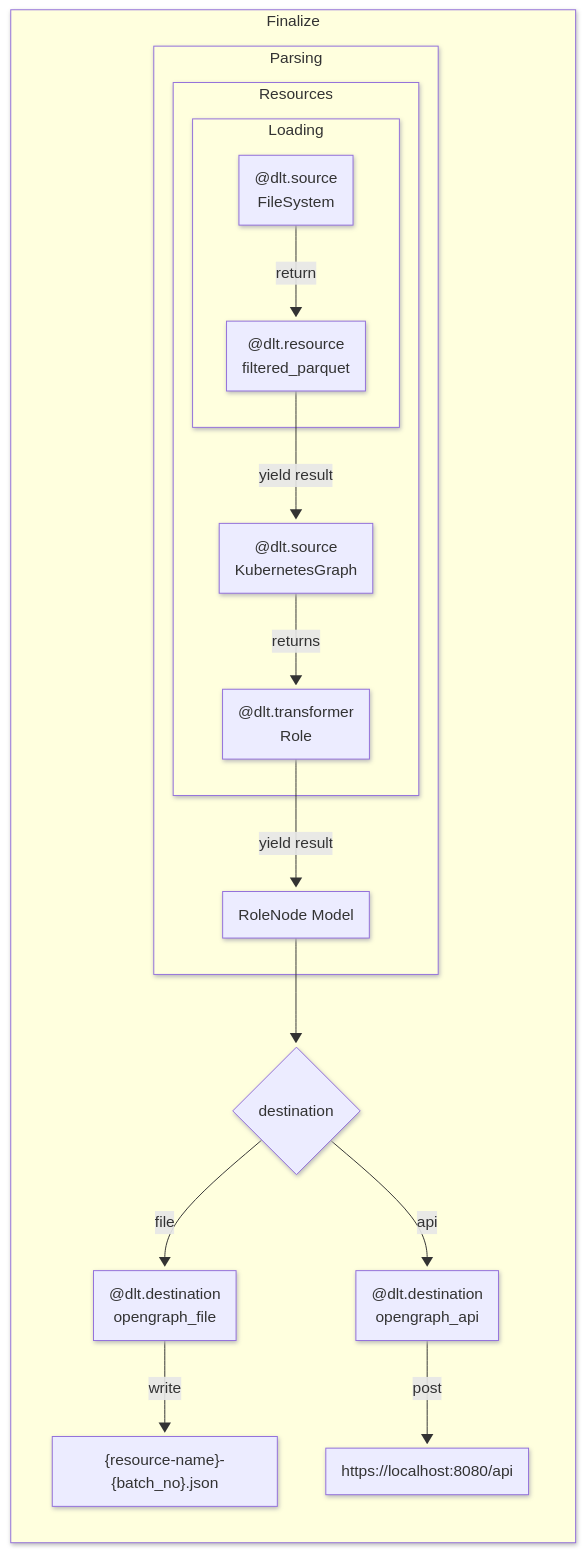
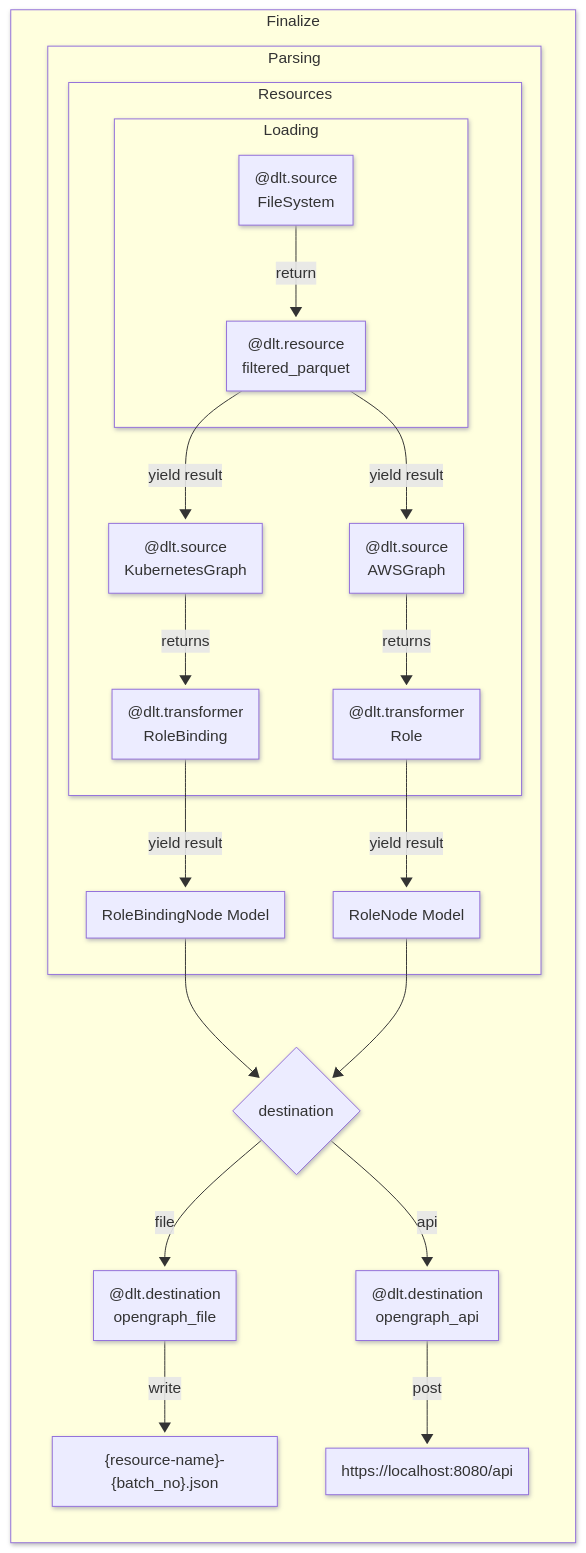
One commit to d3vzer0/OpenGraph-dlt changed the diagram in docs/mermaid/destination.mmd. Above: the diagram before and after it, drawn with Mermaid. The commit also changed other lines of this file, not shown here.

Commit message:
Updated destination mermaid graph

```diff
--- a/docs/mermaid/destination.mmd
+++ b/docs/mermaid/destination.mmd
@@ -1,45 +1,55 @@
 ---
 config:
   theme: mc
   layout: dagre
   look: neo
 ---
 flowchart BT
-    subgraph loader["Loading"]
-        %% direction TB
-        SourceFS["@dlt.source<br/>FileSystem"]
-        FSRes["@dlt.resource<br/>filtered_parquet"]
+ subgraph loader["Loading"]
+        SourceFS["@dlt.source<br>FileSystem"]
+        FSRes["@dlt.resource<br>filtered_parquet"]
+    
         SourceFS -- return --> FSRes
-    end
-
-    subgraph sources["Resources"]
+  end
+ subgraph sources["Resources"]
         loader
         Kube["@dlt.source<br/>KubernetesGraph"]
-        KubeRes["@dlt.transformer<br/>Role"]
+        AWS["@dlt.source<br/>AWSGraph"]
+
+        KubeRes["@dlt.transformer<br/>RoleBinding"]
+        AWSRes["@dlt.transformer<br/>Role"]
+
         Kube -- returns --> KubeRes
         FSRes -- yield result --> Kube
-    end
 
-    subgraph parsing["Parsing"]
+        AWS -- returns --> AWSRes
+        FSRes -- yield result --> AWS
+
+        
+
+  end
+ subgraph parsing["Parsing"]
         sources
+        RoleBindingNode["RoleBindingNode Model"]
         RoleNode["RoleNode Model"]
-        KubeRes -- "yield result" --> RoleNode
-    end
 
-    subgraph destination["Finalize"]
+        KubeRes -- yield result --> RoleBindingNode
+        AWSRes -- yield result --> RoleNode
+
+  end
+ subgraph destination["Finalize"]
         parsing
-        Choice{"destination"}
-        FileOut["@dlt.destination<br/>opengraph_file"]
-        ApiOut["@dlt.destination<br/>opengraph_api"]
-
+        FileOut["@dlt.destination<br>opengraph_file"]
+        ApiOut["@dlt.destination<br>opengraph_api"]
         File["{resource-name}-{batch_no}.json"]
         API["https://localhost:8080/api"]
+        Choice{"destination"}
 
+        RoleBindingNode --> Choice
         RoleNode --> Choice
-        Choice -->|file| FileOut
-        Choice -->|api| ApiOut
+        Choice -- file --> FileOut
+        Choice -- api --> ApiOut
+        FileOut -- write --> File
+        ApiOut -- post --> API
 
-        FileOut -- "write" --> File
-        ApiOut -- "post" --> API
-
-    end
+        end
```
